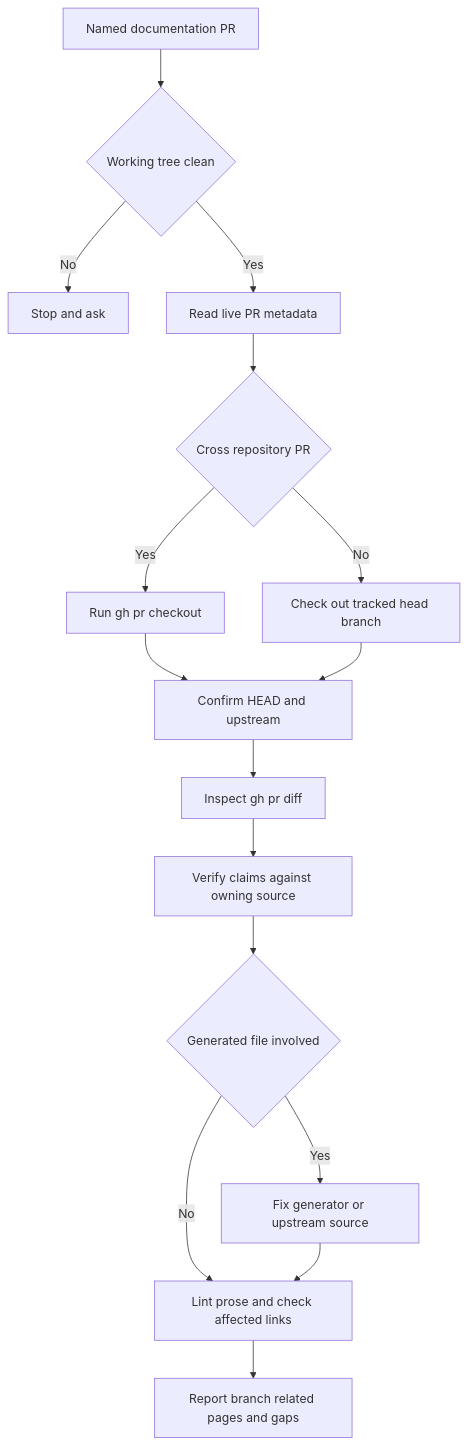
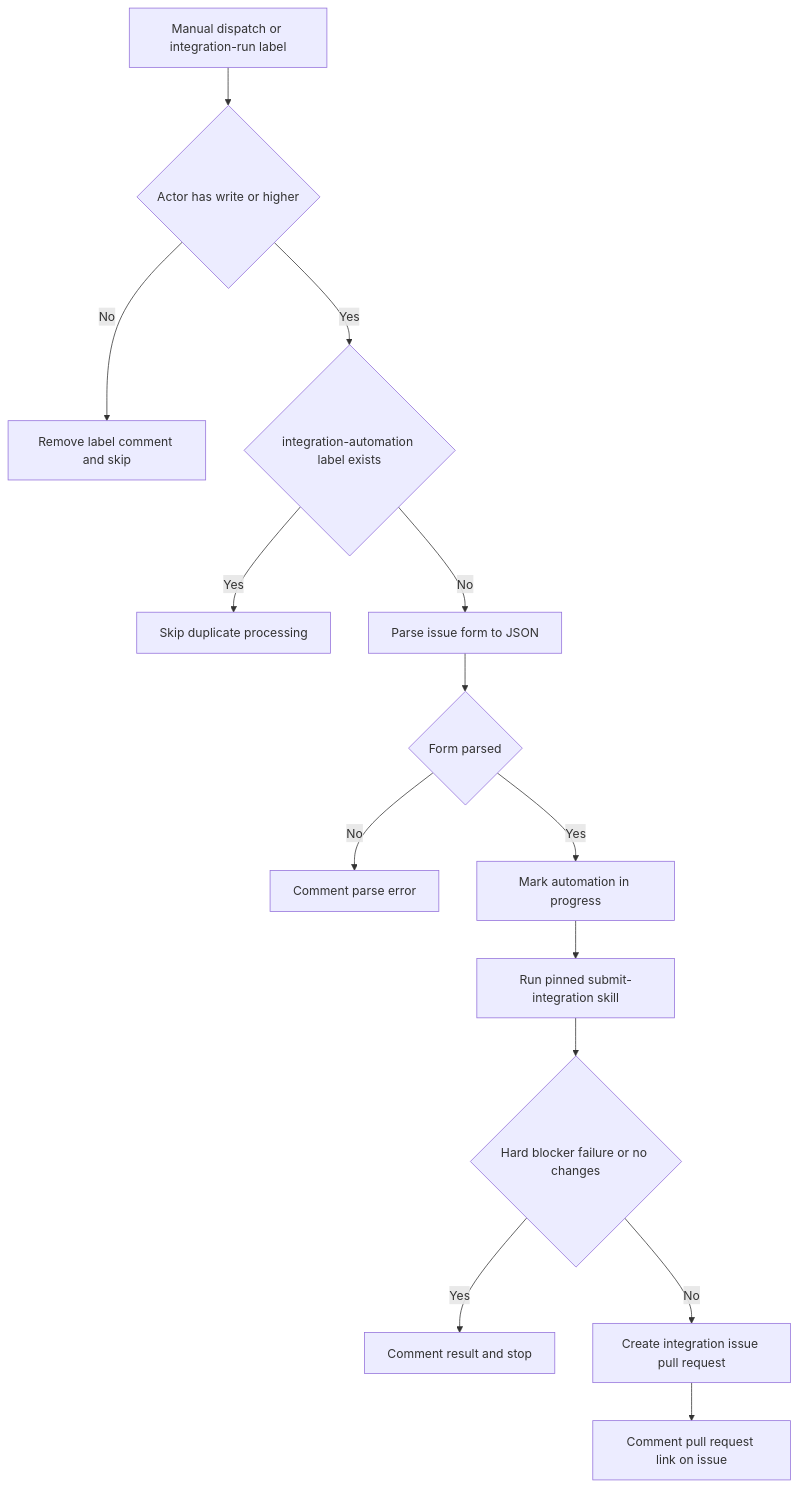
The second of 2 diagrams in openwiki/operations/agent-skills.md (rishi-raj-jain/docs-1), drawn with Mermaid before and after one commit. The commit also changed other lines of this file and 53 other files, not shown here.

````diff
--- a/openwiki/operations/agent-skills.md
+++ b/openwiki/operations/agent-skills.md
@@ -118,18 +133,16 @@
 ```mermaid
 flowchart TD
-  Request["Named documentation PR"] --> Clean{"Working tree clean"}
-  Clean -- "No" --> Stop["Stop and ask"]
-  Clean -- "Yes" --> Metadata["Read live PR metadata"]
-  Metadata --> Fork{"Cross repository PR"}
-  Fork -- "Yes" --> ForkCheckout["Run gh pr checkout"]
-  Fork -- "No" --> HeadCheckout["Check out tracked head branch"]
-  ForkCheckout --> Confirm["Confirm HEAD and upstream"]
-  HeadCheckout --> Confirm
-  Confirm --> Diff["Inspect gh pr diff"]
-  Diff --> Verify["Verify claims against owning source"]
-  Verify --> Generated{"Generated file involved"}
-  Generated -- "Yes" --> Upstream["Fix generator or upstream source"]
-  Generated -- "No" --> Validate["Lint prose and check affected links"]
-  Upstream --> Validate
-  Validate --> Report["Report branch related pages and gaps"]
+  Trigger["Manual dispatch or integration-run label"] --> Auth{"Actor has write or higher"}
+  Auth -- "No" --> Reject["Remove label comment and skip"]
+  Auth -- "Yes" --> Seen{"integration-automation label exists"}
+  Seen -- "Yes" --> Skip["Skip duplicate processing"]
+  Seen -- "No" --> Parse["Parse issue form to JSON"]
+  Parse --> Parsed{"Form parsed"}
+  Parsed -- "No" --> ParseError["Comment parse error"]
+  Parsed -- "Yes" --> Mark["Mark automation in progress"]
+  Mark --> Agent["Run pinned submit-integration skill"]
+  Agent --> Result{"Hard blocker failure or no changes"}
+  Result -- "Yes" --> Report["Comment result and stop"]
+  Result -- "No" --> PR["Create integration issue pull request"]
+  PR --> Link["Comment pull request link on issue"]
 ```
````
